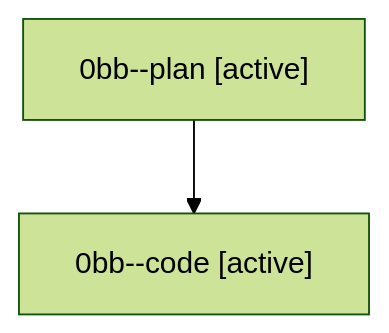
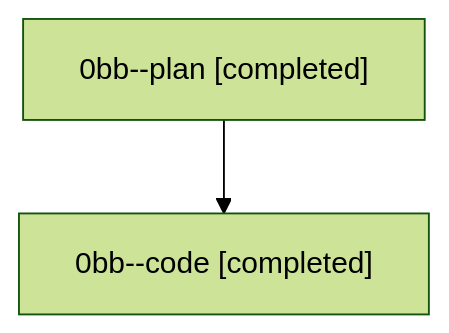
One commit to sase-org/sase--agents changed the diagram in families/bbugyi200.athena.0bb.md. Above: the diagram before and after it, drawn with Mermaid (forest theme). The commit also changed other lines of this file and 35 other files, not shown here.

````diff
--- a/families/bbugyi200.athena.0bb.md
+++ b/families/bbugyi200.athena.0bb.md
@@ -9,6 +9,6 @@
 ```mermaid
 flowchart TD
-  n0["0bb--plan [active]"]
-  n1["0bb--code [active]"]
+  n0["0bb--plan [completed]"]
+  n1["0bb--code [completed]"]
   n0 --> n1
 ```
````
